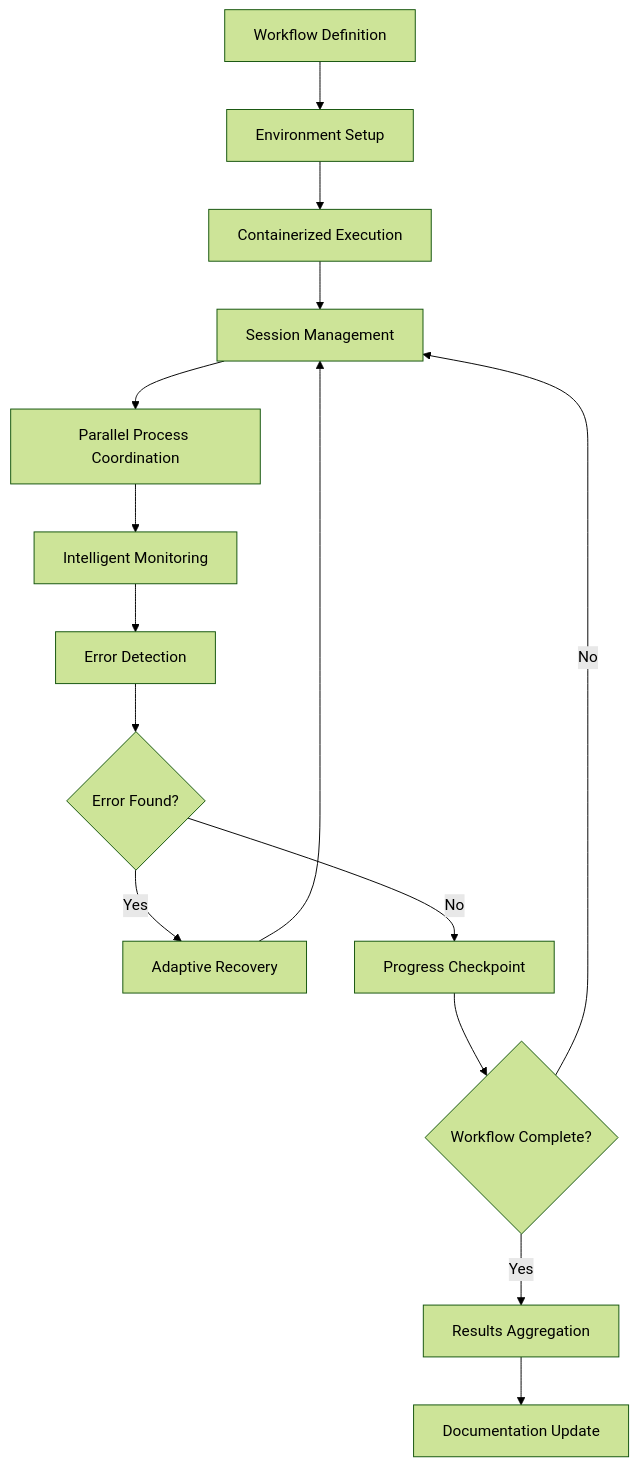
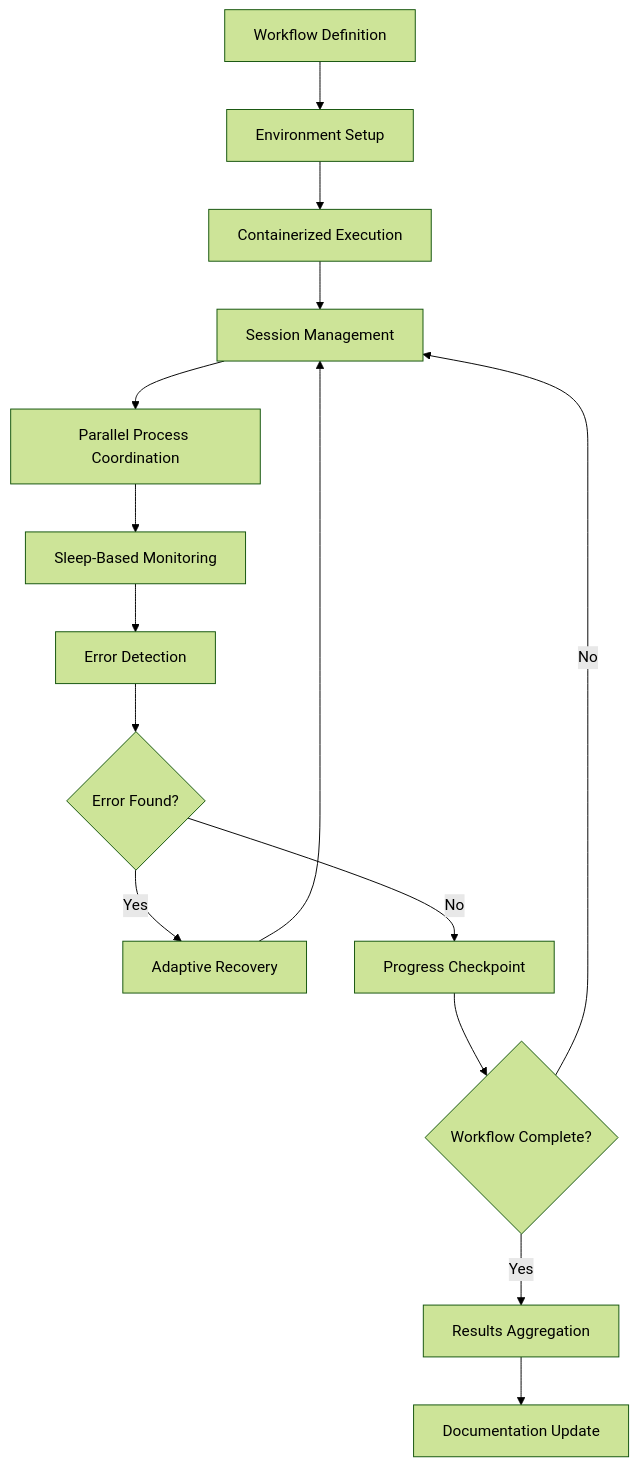
Before and after one commit to nibzard/awesome-agentic-patterns: the diagram in patterns/autonomous-workflow-agent-architecture.md, drawn with Mermaid (forest theme). The commit also changed other lines of this file and 23 other files, not shown here.

````diff
--- a/patterns/autonomous-workflow-agent-architecture.md
+++ b/patterns/autonomous-workflow-agent-architecture.md
@@ -55,17 +55,17 @@
 ```mermaid
 graph TD
     A[Workflow Definition] --> B[Environment Setup]
     B --> C[Containerized Execution]
     C --> D[Session Management]
     D --> E[Parallel Process Coordination]
-    E --> F[Intelligent Monitoring]
+    E --> F[Sleep-Based Monitoring]
     F --> G[Error Detection]
     G --> H{Error Found?}
     H -->|Yes| I[Adaptive Recovery]
     H -->|No| J[Progress Checkpoint]
     I --> D
     J --> K{Workflow Complete?}
     K -->|No| D
     K -->|Yes| L[Results Aggregation]
     L --> M[Documentation Update]
 ```
````
